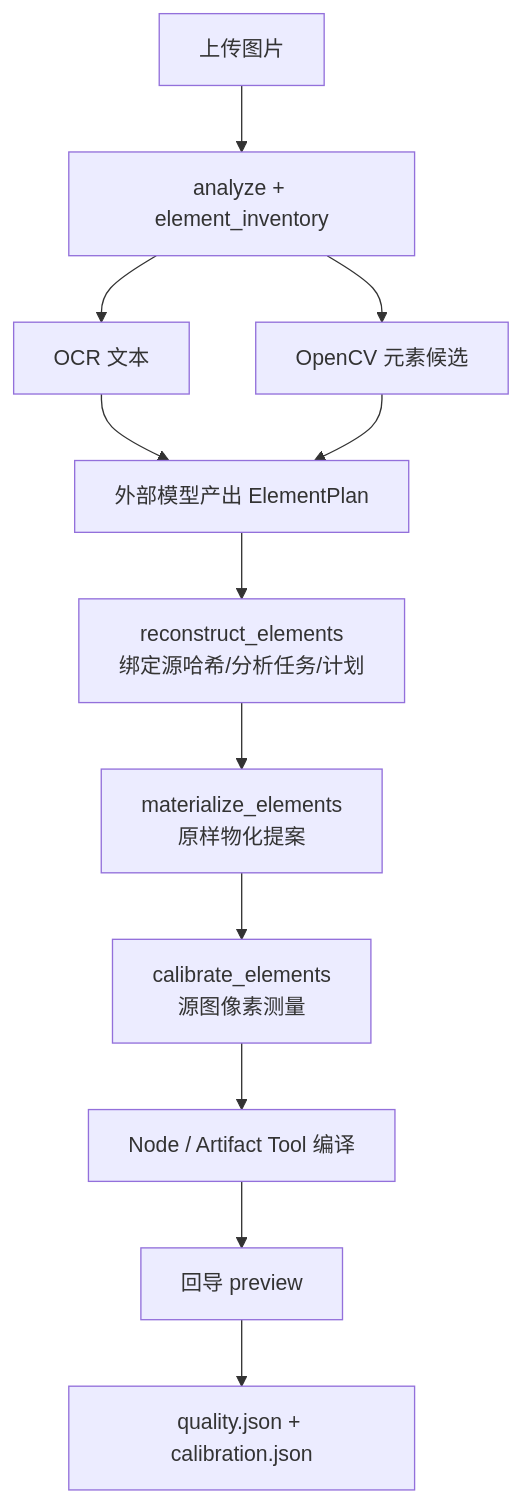
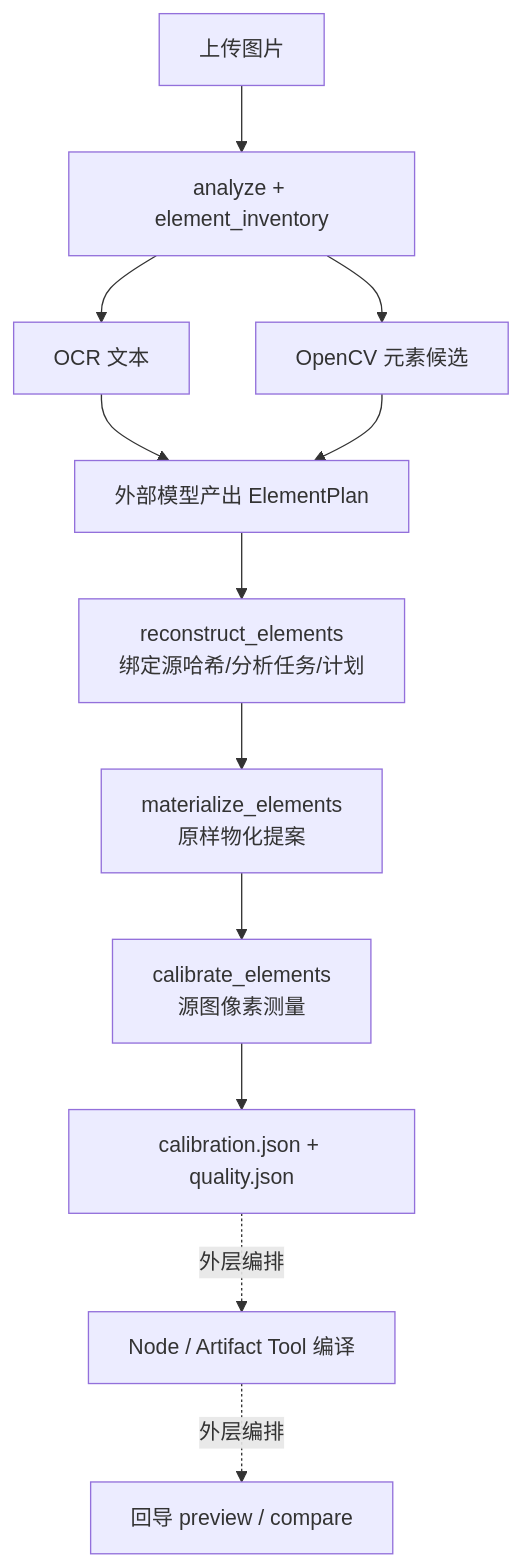
The diagram in docs/技术路线与优化空间_20261021.md (frostdogstarscream/image2ppt-vision), drawn with Mermaid before and after one commit. The commit also changed other lines of this file and 8 other files, not shown here.

````diff
--- a/docs/技术路线与优化空间_20261021.md
+++ b/docs/技术路线与优化空间_20261021.md
@@ -35,14 +35,14 @@
 ```mermaid
 flowchart TD
     A[上传图片] --> B[analyze + element_inventory]
     B --> B1[OCR 文本]
     B --> B2[OpenCV 元素候选]
     B1 --> C[外部模型产出 ElementPlan]
     B2 --> C
     C --> D[reconstruct_elements<br/>绑定源哈希/分析任务/计划]
     D --> E[materialize_elements<br/>原样物化提案]
     E --> F[calibrate_elements<br/>源图像素测量]
-    F --> G[Node / Artifact Tool 编译]
-    G --> H[回导 preview]
-    H --> I[quality.json + calibration.json]
+    F --> G[calibration.json + quality.json]
+    G -. 外层编排 .-> H[Node / Artifact Tool 编译]
+    H -. 外层编排 .-> I[回导 preview / compare]
 ```
````
